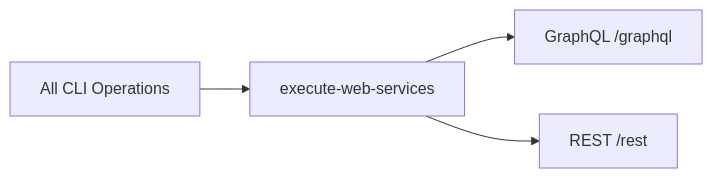
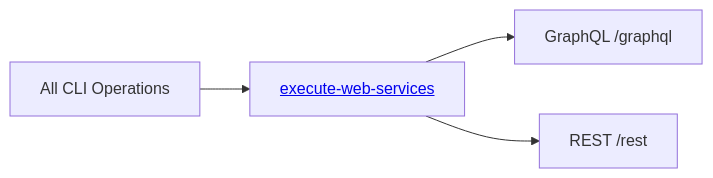
One commit to AtScaleInc/ps-utils changed the seventh of 7 diagrams in docs/ACTIONS.md. Above: the diagram before and after it, drawn with Mermaid. The commit also changed other lines of this file and 34 other files, not shown here.

````diff
--- a/docs/ACTIONS.md
+++ b/docs/ACTIONS.md
@@ -138,6 +108,6 @@
 ```mermaid
+%%{init: {"flowchart": {"htmlLabels": true}} }%%
 flowchart LR
-    OPS["All CLI Operations"] --> A["execute-web-services"] --> GQL["GraphQL /graphql"]
+    OPS["All CLI Operations"] --> A["<a href='#execute-web-services'>execute-web-services</a>"] --> GQL["GraphQL /graphql"]
     A --> REST["REST /rest"]
-    click A href "#execute-web-services"
 ```
````
